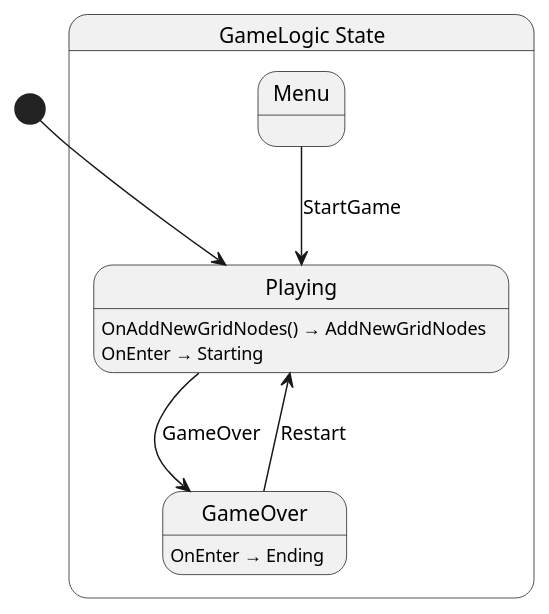
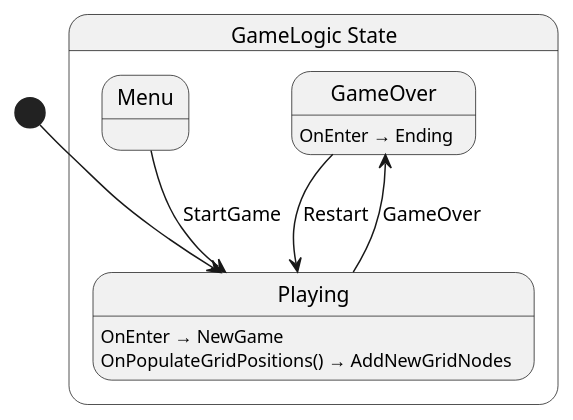
Before and after one commit to stranne/Vertex: the diagram in src/Game/State/GameLogic.g.puml, drawn with PlantUML. The commit also changed 13 other files, not shown here.

```diff
--- a/src/Game/State/GameLogic.g.puml
+++ b/src/Game/State/GameLogic.g.puml
@@ -1,17 +1,17 @@
 @startuml GameLogic
 state "GameLogic State" as Vertex_Game_State_GameLogic_State {
-  state "Playing" as Vertex_Game_State_GameLogic_State_Playing
   state "GameOver" as Vertex_Game_State_GameLogic_State_GameOver
   state "Menu" as Vertex_Game_State_GameLogic_State_Menu
+  state "Playing" as Vertex_Game_State_GameLogic_State_Playing
 }
 
 Vertex_Game_State_GameLogic_State_GameOver --> Vertex_Game_State_GameLogic_State_Playing : Restart
 Vertex_Game_State_GameLogic_State_Menu --> Vertex_Game_State_GameLogic_State_Playing : StartGame
 Vertex_Game_State_GameLogic_State_Playing --> Vertex_Game_State_GameLogic_State_GameOver : GameOver
 
 Vertex_Game_State_GameLogic_State_GameOver : OnEnter → Ending
-Vertex_Game_State_GameLogic_State_Playing : OnAddNewGridNodes() → AddNewGridNodes
-Vertex_Game_State_GameLogic_State_Playing : OnEnter → Starting
+Vertex_Game_State_GameLogic_State_Playing : OnEnter → NewGame
+Vertex_Game_State_GameLogic_State_Playing : OnPopulateGridPositions() → AddNewGridNodes
 
 [*] --> Vertex_Game_State_GameLogic_State_Playing
 @enduml
```
